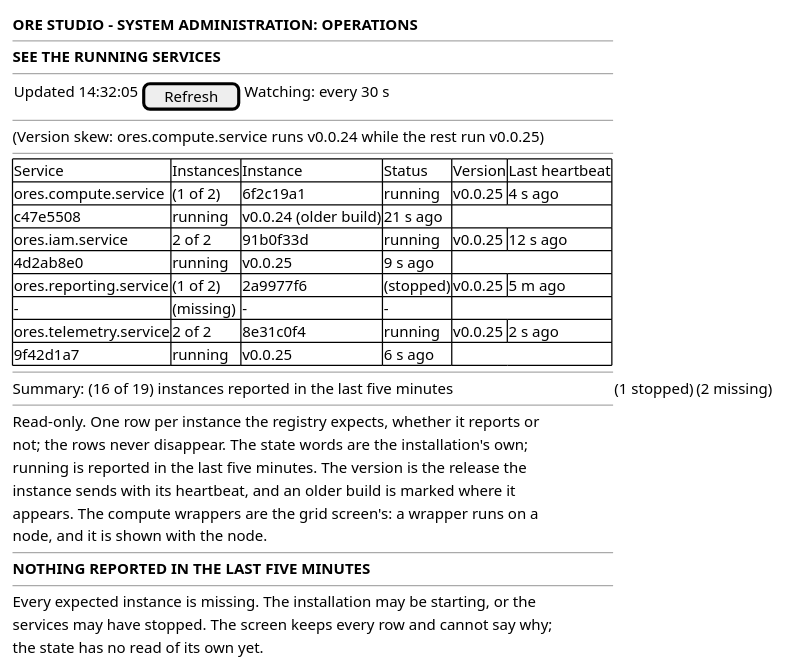
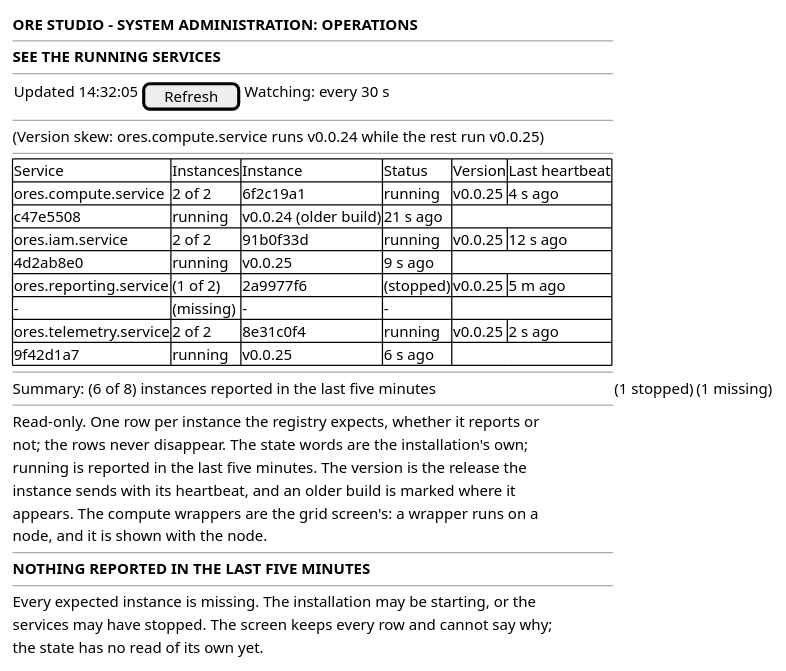
Before and after one commit to OreStudio/OreStudio: the diagram in doc/knowledge/journeys/operations/wireframe_see_the_running_services.puml, drawn with PlantUML. The commit also changed 9 other files, not shown here.

```diff
--- a/doc/knowledge/journeys/operations/wireframe_see_the_running_services.puml
+++ b/doc/knowledge/journeys/operations/wireframe_see_the_running_services.puml
@@ -18,43 +18,43 @@
 @startuml
 
 salt
 {
   <b>ORE STUDIO - SYSTEM ADMINISTRATION: OPERATIONS</b>
   --
   <b>SEE THE RUNNING SERVICES</b>
   --
   {
     Updated 14:32:05 | [ Refresh ] | Watching: every 30 s
   }
   --
   (Version skew: ores.compute.service runs v0.0.24 while the rest run v0.0.25)
   --
   {#
     Service | Instances | Instance | Status | Version | Last heartbeat
-    ores.compute.service | (1 of 2) | 6f2c19a1 | running | v0.0.25 | 4 s ago
+    ores.compute.service | 2 of 2 | 6f2c19a1 | running | v0.0.25 | 4 s ago
     | | c47e5508 | running | v0.0.24 (older build) | 21 s ago
     ores.iam.service | 2 of 2 | 91b0f33d | running | v0.0.25 | 12 s ago
     | | 4d2ab8e0 | running | v0.0.25 | 9 s ago
     ores.reporting.service | (1 of 2) | 2a9977f6 | (stopped) | v0.0.25 | 5 m ago
     | | - | (missing) | - | -
     ores.telemetry.service | 2 of 2 | 8e31c0f4 | running | v0.0.25 | 2 s ago
     | | 9f42d1a7 | running | v0.0.25 | 6 s ago
   }
   --
-  Summary: (16 of 19) instances reported in the last five minutes | (1 stopped) | (2 missing)
+  Summary: (6 of 8) instances reported in the last five minutes | (1 stopped) | (1 missing)
   --
   Read-only. One row per instance the registry expects, whether it reports or
   not; the rows never disappear. The state words are the installation's own;
   running is reported in the last five minutes. The version is the release the
   instance sends with its heartbeat, and an older build is marked where it
   appears. The compute wrappers are the grid screen's: a wrapper runs on a
   node, and it is shown with the node.
   --
   <b>NOTHING REPORTED IN THE LAST FIVE MINUTES</b>
   --
   Every expected instance is missing. The installation may be starting, or the
   services may have stopped. The screen keeps every row and cannot say why;
   the state has no read of its own yet.
 }
 
 @enduml
```
